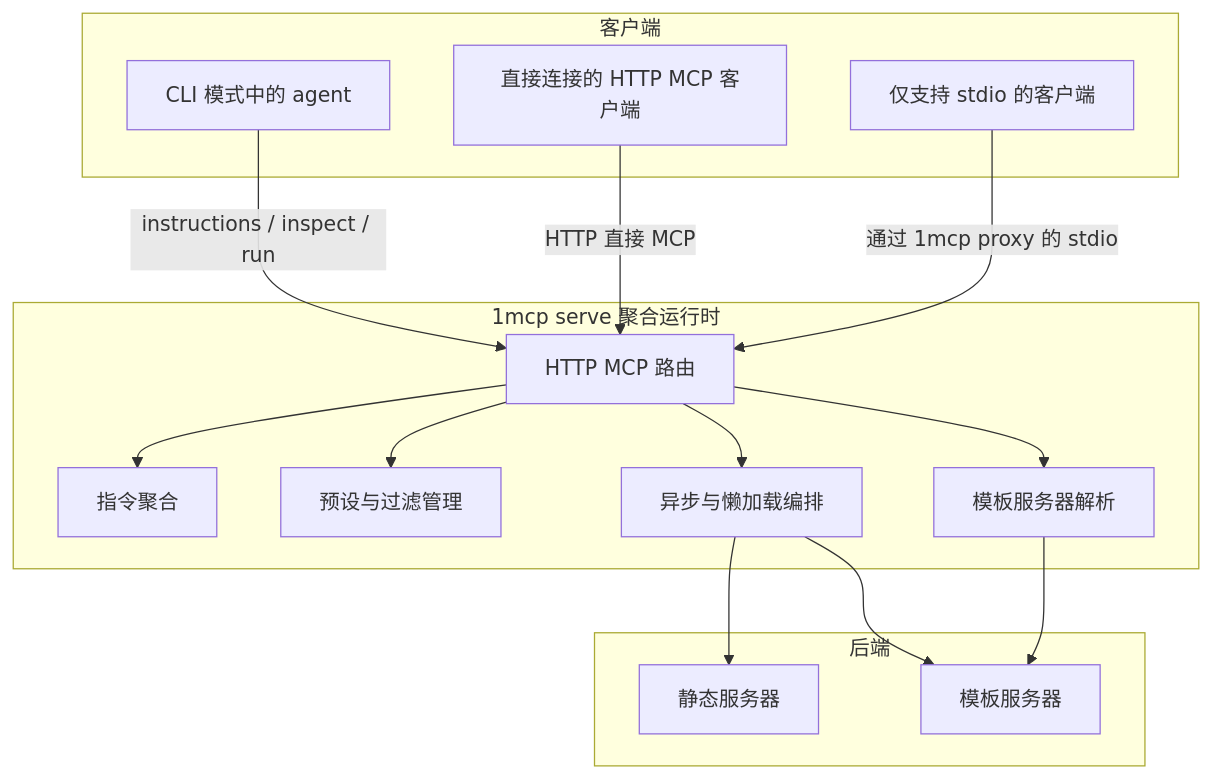
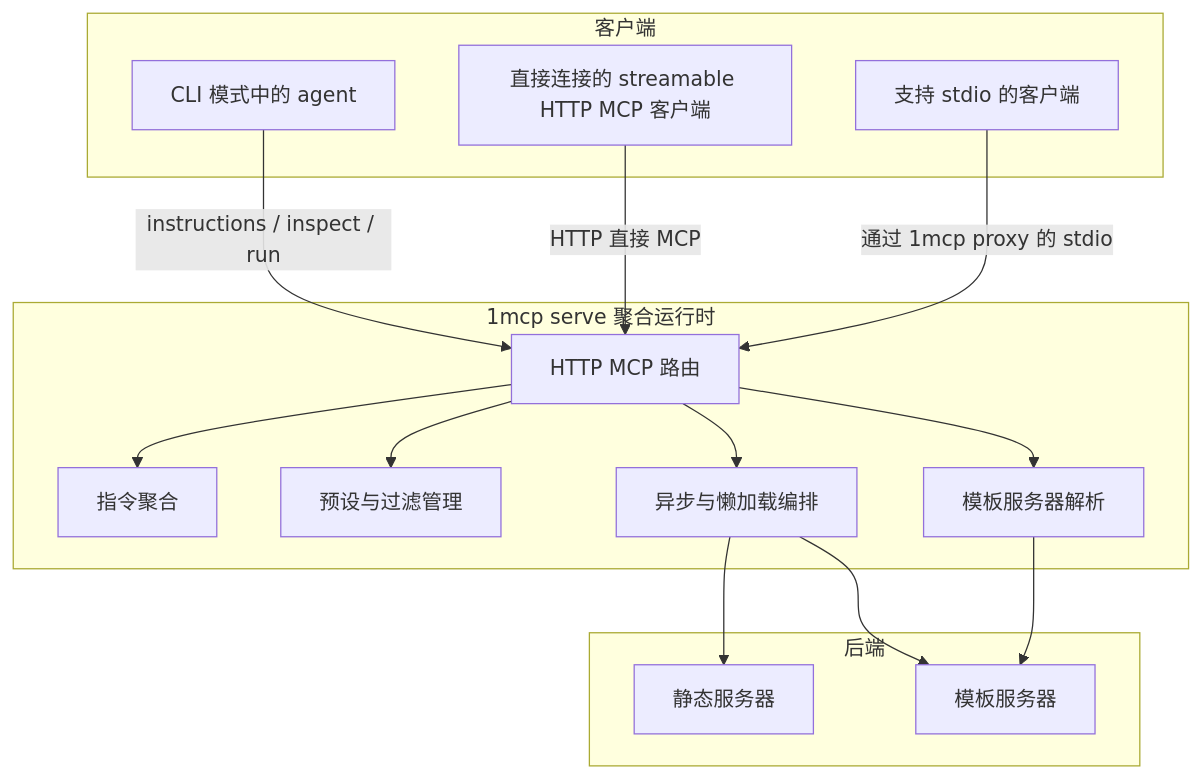
Before and after one commit to 1mcp-app/agent: the diagram in docs/zh/reference/architecture.md, drawn with Mermaid. The commit also changed other lines of this file and 16 other files, not shown here.

First line of the commit message:
docs: enhance documentation for 1MCP, focusing on maximum compatibility and streamable HTTP

````diff
--- a/docs/zh/reference/architecture.md
+++ b/docs/zh/reference/architecture.md
@@ -27,32 +27,32 @@
 ```mermaid
 flowchart TB
     subgraph Clients["客户端"]
         A1[CLI 模式中的 agent]
-        A2[直接连接的 HTTP MCP 客户端]
-        A3[仅支持 stdio 的客户端]
+        A2[直接连接的 streamable HTTP MCP 客户端]
+        A3[支持 stdio 的客户端]
     end
 
     subgraph Runtime["1mcp serve 聚合运行时"]
         B1[HTTP MCP 路由]
         B2[指令聚合]
         B3[预设与过滤管理]
         B4[异步与懒加载编排]
         B5[模板服务器解析]
     end
 
     subgraph Backends["后端"]
         C1[静态服务器]
         C2[模板服务器]
     end
 
     A1 -->|instructions / inspect / run| B1
     A2 -->|HTTP 直接 MCP| B1
     A3 -->|通过 1mcp proxy 的 stdio| B1
     B1 --> B2
     B1 --> B3
     B1 --> B4
     B1 --> B5
     B5 --> C2
     B4 --> C1
     B4 --> C2
 ```
````
